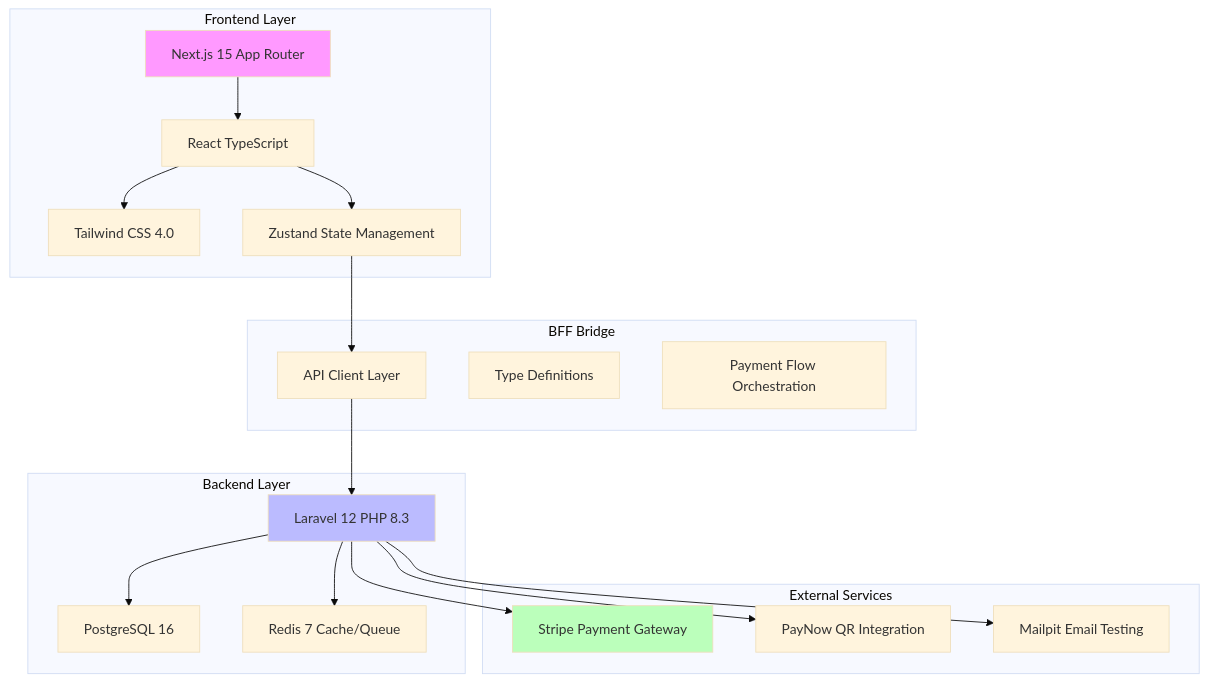
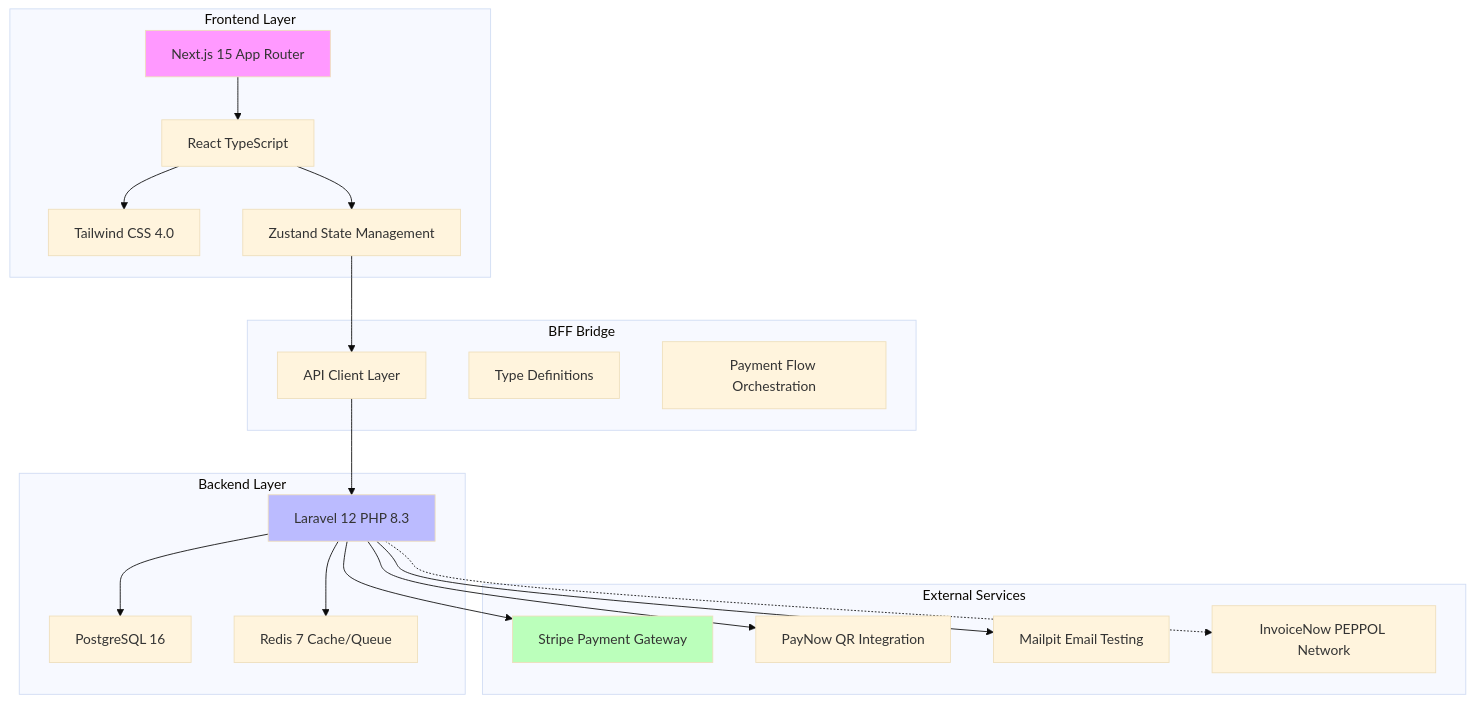
One commit to nordeim/authentic-kopitiam changed the diagram in Project_Architecture_Document.md. Above: the diagram before and after it, drawn with Mermaid (base theme). The commit also changed other lines of this file and 3 other files, not shown here.

````diff
--- a/Project_Architecture_Document.md
+++ b/Project_Architecture_Document.md
@@ -29,42 +29,44 @@
 ```mermaid
 graph TB
     subgraph Frontend Layer
         A[Next.js 15 App Router]
         B[React TypeScript]
         C[Tailwind CSS 4.0]
         D[Zustand State Management]
     end
 
     subgraph BFF Bridge
         E[API Client Layer]
         F[Type Definitions]
         G[Payment Flow Orchestration]
     end
 
     subgraph Backend Layer
         H[Laravel 12 PHP 8.3]
         I[PostgreSQL 16]
         J[Redis 7 Cache/Queue]
     end
 
     subgraph External Services
         K[Stripe Payment Gateway]
         L[PayNow QR Integration]
         M[Mailpit Email Testing]
+        N[InvoiceNow PEPPOL Network]
     end
 
     A --> B
     B --> C
     B --> D
     D --> E
     E --> H
     H --> I
     H --> J
     H --> K
     H --> L
     H --> M
+    H -.-> N
 
     style A fill:#f9f
     style H fill:#bbf
     style K fill:#bfb
 ```
````
